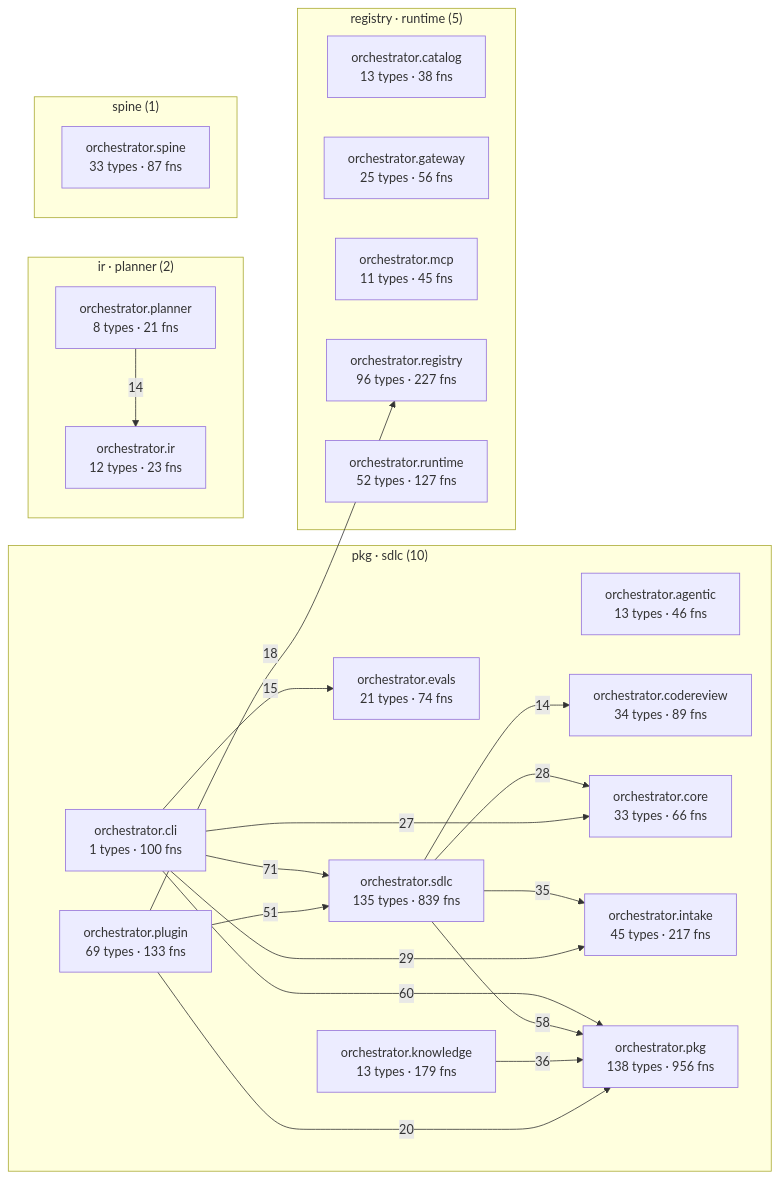
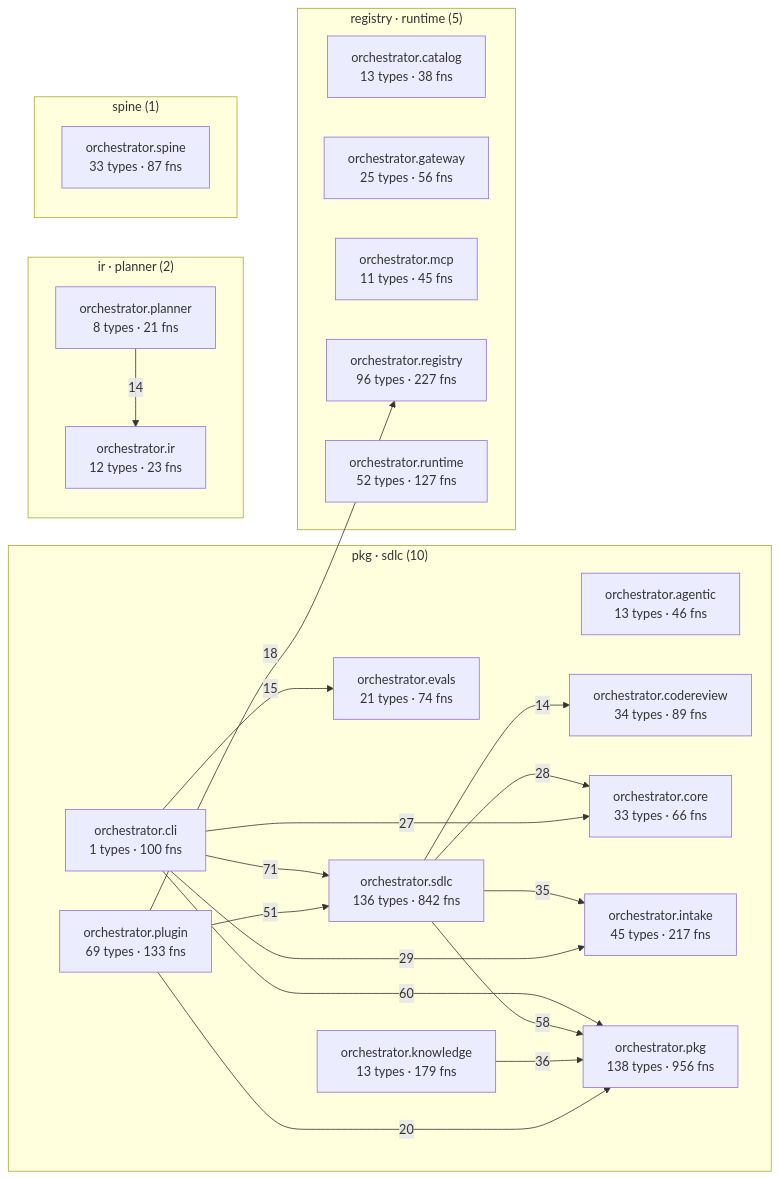
One commit to palakupadhyay23/spine changed the diagram in episteme/architecture.md. Above: the diagram before and after it, drawn with Mermaid. The commit also changed other lines of this file and 12 other files, not shown here.

````diff
--- a/episteme/architecture.md
+++ b/episteme/architecture.md
@@ -54,43 +54,43 @@
 ```mermaid
 flowchart LR
   subgraph c_2["pkg · sdlc (10)"]
     aorchestratoragentic["orchestrator.agentic<br/>13 types · 46 fns"]
     aorchestratorcli["orchestrator.cli<br/>1 types · 100 fns"]
     aorchestratorcodereview["orchestrator.codereview<br/>34 types · 89 fns"]
     aorchestratorcore["orchestrator.core<br/>33 types · 66 fns"]
     aorchestratorevals["orchestrator.evals<br/>21 types · 74 fns"]
     aorchestratorintake["orchestrator.intake<br/>45 types · 217 fns"]
     aorchestratorknowledge["orchestrator.knowledge<br/>13 types · 179 fns"]
     aorchestratorpkg["orchestrator.pkg<br/>138 types · 956 fns"]
     aorchestratorplugin["orchestrator.plugin<br/>69 types · 133 fns"]
-    aorchestratorsdlc["orchestrator.sdlc<br/>135 types · 839 fns"]
+    aorchestratorsdlc["orchestrator.sdlc<br/>136 types · 842 fns"]
   end
   subgraph c_4["registry · runtime (5)"]
     aorchestratorcatalog["orchestrator.catalog<br/>13 types · 38 fns"]
     aorchestratorgateway["orchestrator.gateway<br/>25 types · 56 fns"]
     aorchestratormcp["orchestrator.mcp<br/>11 types · 45 fns"]
     aorchestratorregistry["orchestrator.registry<br/>96 types · 227 fns"]
     aorchestratorruntime["orchestrator.runtime<br/>52 types · 127 fns"]
   end
   subgraph c_7["ir · planner (2)"]
     aorchestratorir["orchestrator.ir<br/>12 types · 23 fns"]
     aorchestratorplanner["orchestrator.planner<br/>8 types · 21 fns"]
   end
   subgraph c_12["spine (1)"]
     aorchestratorspine["orchestrator.spine<br/>33 types · 87 fns"]
   end
   aorchestratorcli -->|71| aorchestratorsdlc
   aorchestratorcli -->|60| aorchestratorpkg
   aorchestratorsdlc -->|58| aorchestratorpkg
   aorchestratorplugin -->|51| aorchestratorsdlc
   aorchestratorknowledge -->|36| aorchestratorpkg
   aorchestratorsdlc -->|35| aorchestratorintake
   aorchestratorcli -->|29| aorchestratorintake
   aorchestratorsdlc -->|28| aorchestratorcore
   aorchestratorcli -->|27| aorchestratorcore
   aorchestratorplugin -->|20| aorchestratorpkg
   aorchestratorplugin -->|18| aorchestratorregistry
   aorchestratorcli -->|15| aorchestratorevals
   aorchestratorplanner -->|14| aorchestratorir
   aorchestratorsdlc -->|14| aorchestratorcodereview
 ```
````
